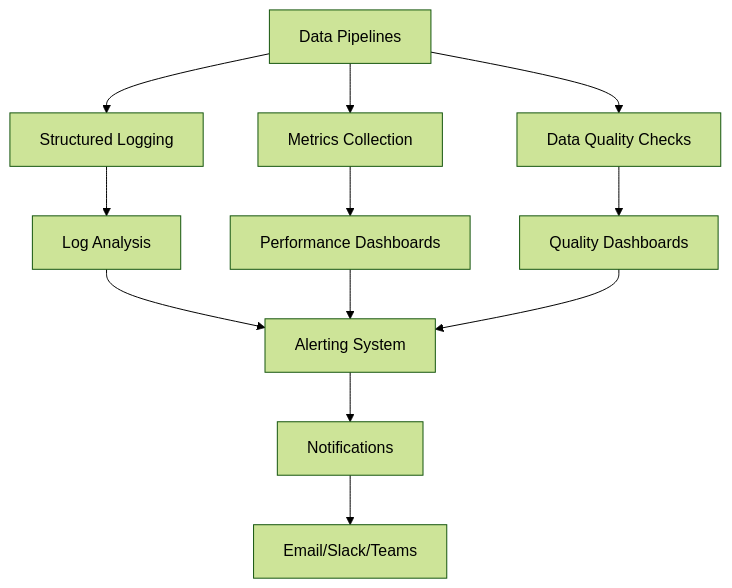
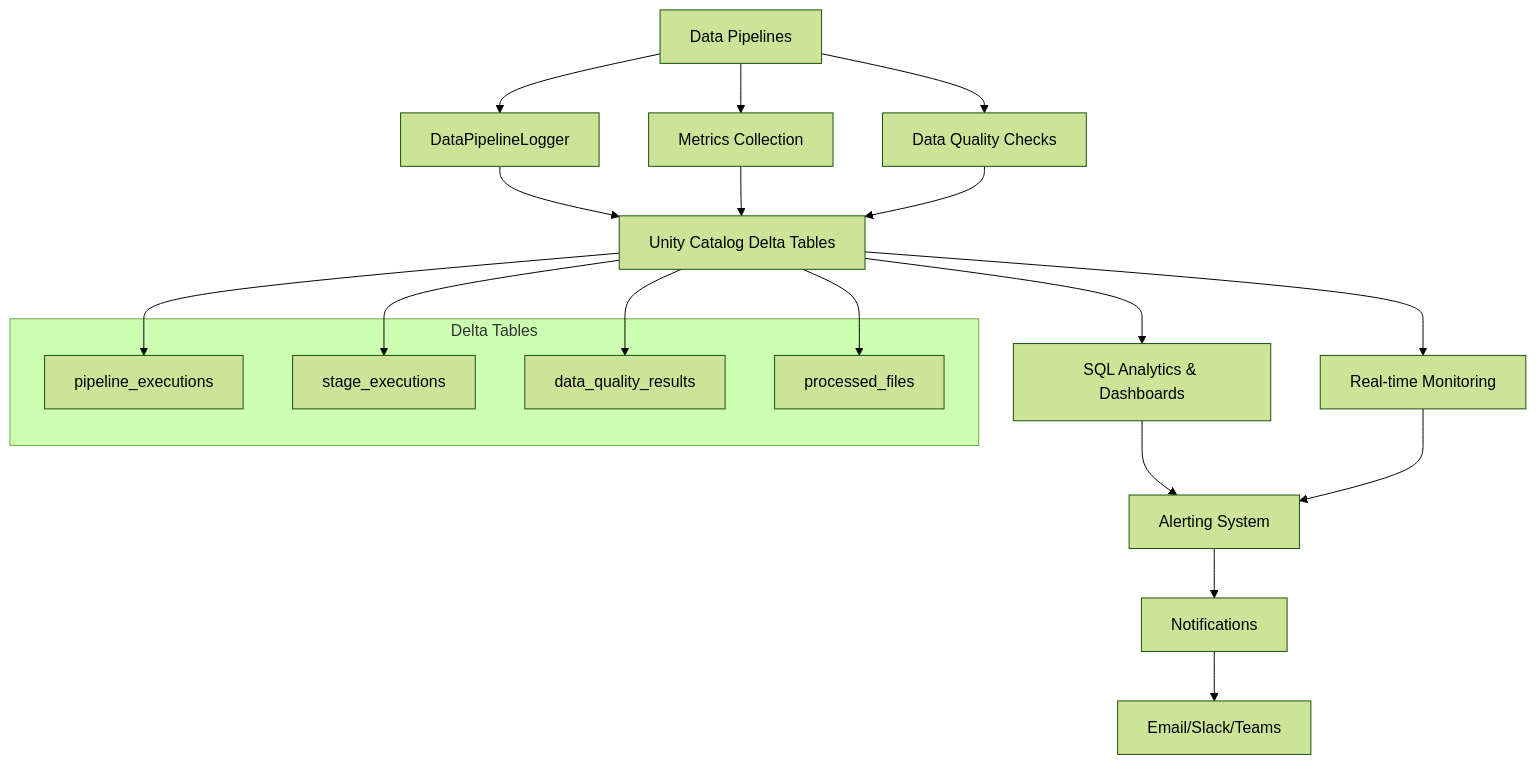
The diagram in docs/monitoring/monitoring-guide.md (balaji-krishnan-nanba/common-data-platform), drawn with Mermaid (forest theme) before and after one commit. The commit also changed other lines of this file and 3 other files, not shown here.

````diff
--- a/docs/monitoring/monitoring-guide.md
+++ b/docs/monitoring/monitoring-guide.md
@@ -15,17 +21,31 @@
 ```mermaid
 graph TB
-    A[Data Pipelines] --> B[Structured Logging]
+    A[Data Pipelines] --> B[DataPipelineLogger]
     A --> C[Metrics Collection]
     A --> D[Data Quality Checks]
     
-    B --> E[Log Analysis]
-    C --> F[Performance Dashboards]
-    D --> G[Quality Dashboards]
+    B --> E[Unity Catalog Delta Tables]
+    C --> E
+    D --> E
     
-    E --> H[Alerting System]
-    F --> H
+    E --> F[SQL Analytics & Dashboards]
+    E --> G[Real-time Monitoring]
+    
+    F --> H[Alerting System]
     G --> H
     
     H --> I[Notifications]
     I --> J[Email/Slack/Teams]
+    
+    subgraph "Delta Tables"
+        K[pipeline_executions]
+        L[stage_executions] 
+        M[data_quality_results]
+        N[processed_files]
+    end
+    
+    E --> K
+    E --> L
+    E --> M
+    E --> N
 ```
````
